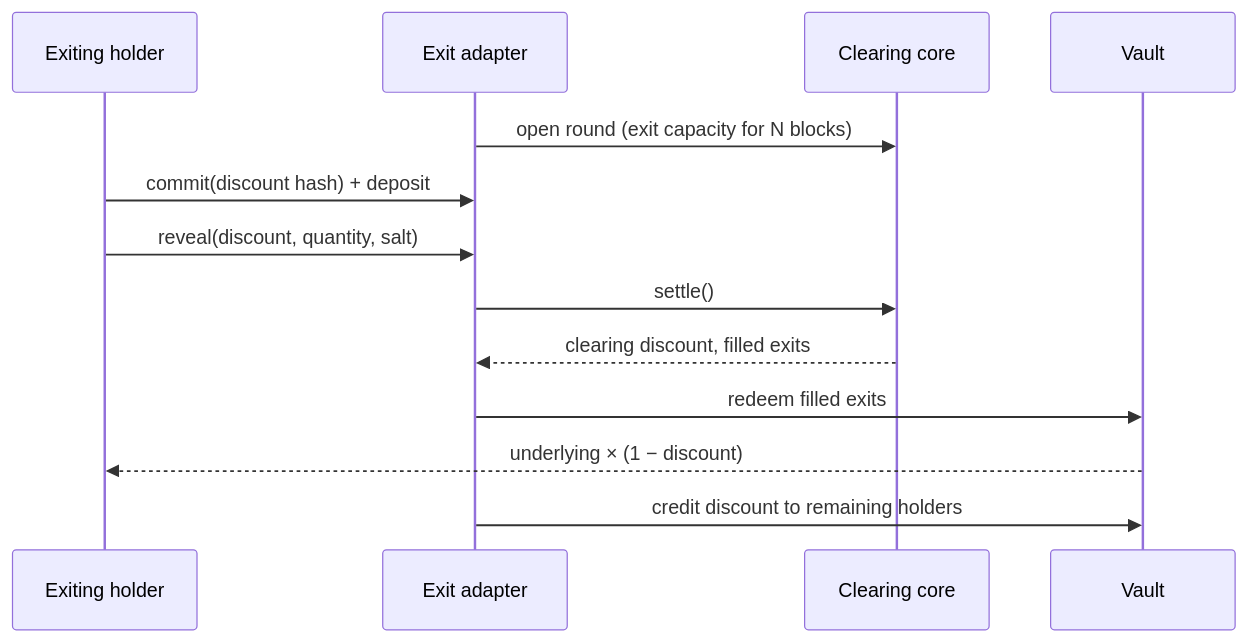
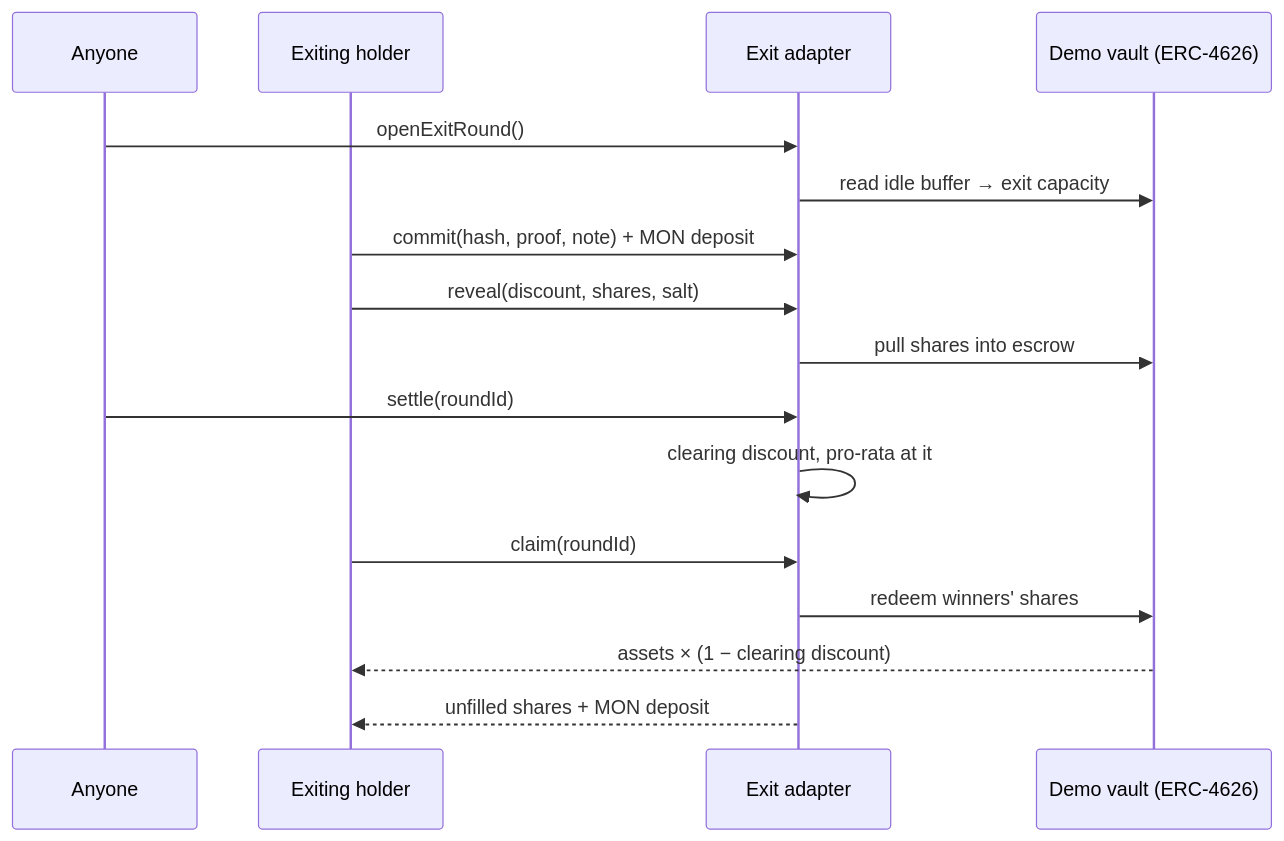
Before and after one commit to theyavuzarslan/sealed-bid-auction-monad: the fifth of 6 diagrams in 04-flows.md, drawn with Mermaid. The commit also changed other lines of this file and 22 other files, not shown here.

````diff
--- a/04-flows.md
+++ b/04-flows.md
@@ -129,15 +134,18 @@
 ```mermaid
 sequenceDiagram
+  participant K as Anyone
   participant H as Exiting holder
   participant EX as Exit adapter
-  participant CC as Clearing core
-  participant V as Vault
-  EX->>CC: open round (exit capacity for N blocks)
-  H->>EX: commit(discount hash) + deposit
-  H->>EX: reveal(discount, quantity, salt)
-  EX->>CC: settle()
-  CC-->>EX: clearing discount, filled exits
-  EX->>V: redeem filled exits
-  V-->>H: underlying × (1 − discount)
-  EX->>V: credit discount to remaining holders
+  participant V as Demo vault (ERC-4626)
+  K->>EX: openExitRound()
+  EX->>V: read idle buffer → exit capacity
+  H->>EX: commit(hash, proof, note) + MON deposit
+  H->>EX: reveal(discount, shares, salt)
+  EX->>V: pull shares into escrow
+  K->>EX: settle(roundId)
+  EX->>EX: clearing discount, pro-rata at it
+  H->>EX: claim(roundId)
+  EX->>V: redeem winners' shares
+  V-->>H: assets × (1 − clearing discount)
+  EX-->>H: unfilled shares + MON deposit
 ```
````
